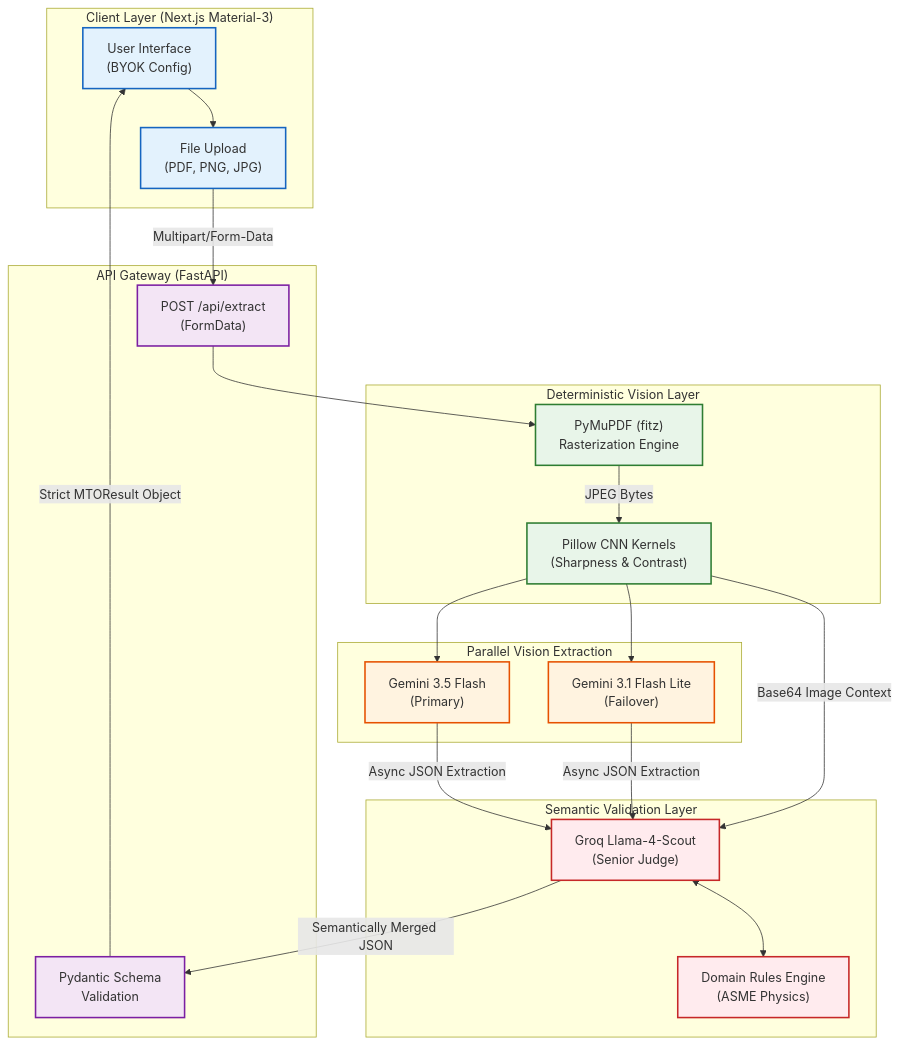
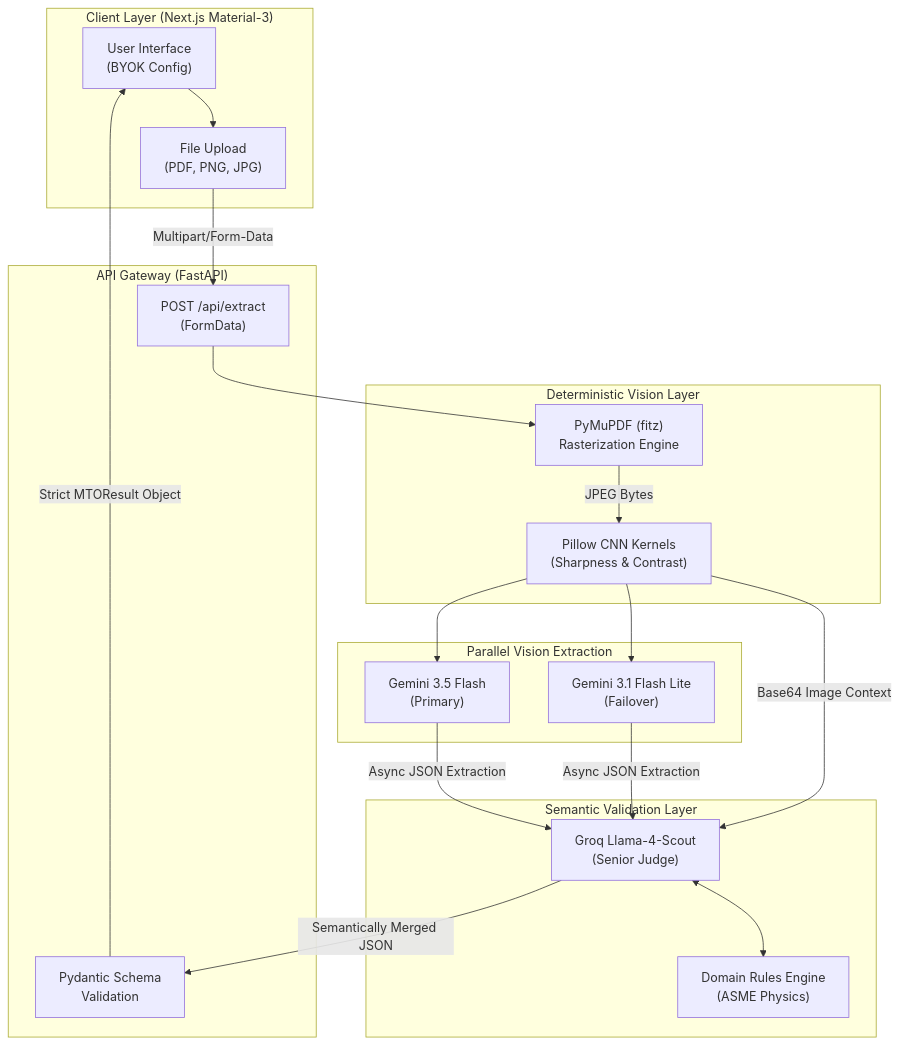
The diagram in README.md (wizardwithcodehazard/IsoArch), drawn with Mermaid before and after one commit.

Commit message:
Fixed Readmediagram fix

````diff
--- a/README.md
+++ b/README.md
@@ -11,56 +11,48 @@
 ```mermaid
 graph TD
-    %% Styling
-    classDef client fill:#e3f2fd,stroke:#1565c0,stroke-width:2px;
-    classDef api fill:#f3e5f5,stroke:#7b1fa2,stroke-width:2px;
-    classDef cv fill:#e8f5e9,stroke:#2e7d32,stroke-width:2px;
-    classDef ai fill:#fff3e0,stroke:#e65100,stroke-width:2px;
-    classDef judge fill:#ffebee,stroke:#c62828,stroke-width:2px;
-    classDef output fill:#eceff1,stroke:#455a64,stroke-width:2px;
-
     %% Frontend Boundary
     subgraph "Client Layer (Next.js Material-3)"
-        UI["User Interface <br> (BYOK Config)"]:::client
-        Upload["File Upload <br> (PDF, PNG, JPG)"]:::client
+        UI["User Interface <br> (BYOK Config)"]
+        Upload["File Upload <br> (PDF, PNG, JPG)"]
     end
 
     %% Backend Boundary
     subgraph "API Gateway (FastAPI)"
-        Router["POST /api/extract <br> (FormData)"]:::api
-        PydanticValidator["Pydantic Schema <br> Validation"]:::api
+        Router["POST /api/extract <br> (FormData)"]
+        PydanticValidator["Pydantic Schema <br> Validation"]
     end
 
     %% Computer Vision Pre-Processing
     subgraph "Deterministic Vision Layer"
-        PDF["PyMuPDF (fitz) <br> Rasterization Engine"]:::cv
-        CNN["Pillow CNN Kernels <br> (Sharpness & Contrast)"]:::cv
+        PDF["PyMuPDF (fitz) <br> Rasterization Engine"]
+        CNN["Pillow CNN Kernels <br> (Sharpness & Contrast)"]
     end
 
     %% Ensemble Execution
     subgraph "Parallel Vision Extraction"
-        Gemini35["Gemini 3.5 Flash <br> (Primary)"]:::ai
-        Gemini31["Gemini 3.1 Flash Lite <br> (Failover)"]:::ai
+        Gemini35["Gemini 3.5 Flash <br> (Primary)"]
+        Gemini31["Gemini 3.1 Flash Lite <br> (Failover)"]
     end
 
     %% Agentic Resolution
     subgraph "Semantic Validation Layer"
-        Groq["Groq Llama-4-Scout <br> (Senior Judge)"]:::judge
-        DomainRules["Domain Rules Engine <br> (ASME Physics)"]:::judge
+        Groq["Groq Llama-4-Scout <br> (Senior Judge)"]
+        DomainRules["Domain Rules Engine <br> (ASME Physics)"]
     end
 
     %% Data Flow
     UI --> Upload
     Upload -- "Multipart/Form-Data" --> Router
     Router --> PDF
     PDF -- "JPEG Bytes" --> CNN
     CNN --> Gemini35
     CNN --> Gemini31
     
     Gemini35 -- "Async JSON Extraction" --> Groq
     Gemini31 -- "Async JSON Extraction" --> Groq
     CNN -- "Base64 Image Context" --> Groq
     
     Groq <--> DomainRules
     Groq -- "Semantically Merged JSON" --> PydanticValidator
     PydanticValidator -- "Strict MTOResult Object" --> UI
 ```
````
